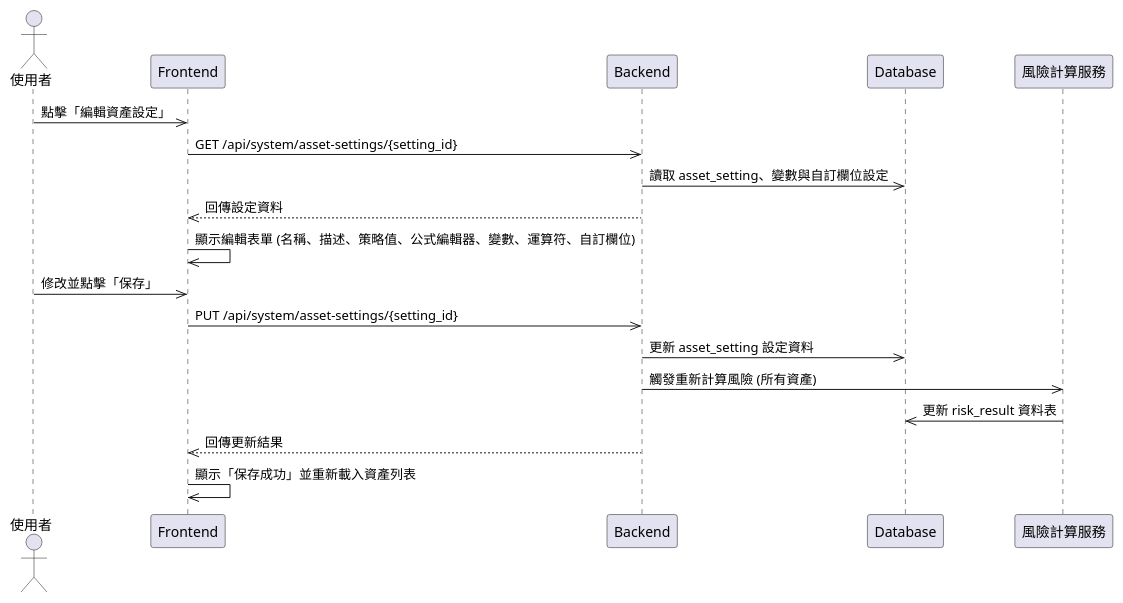
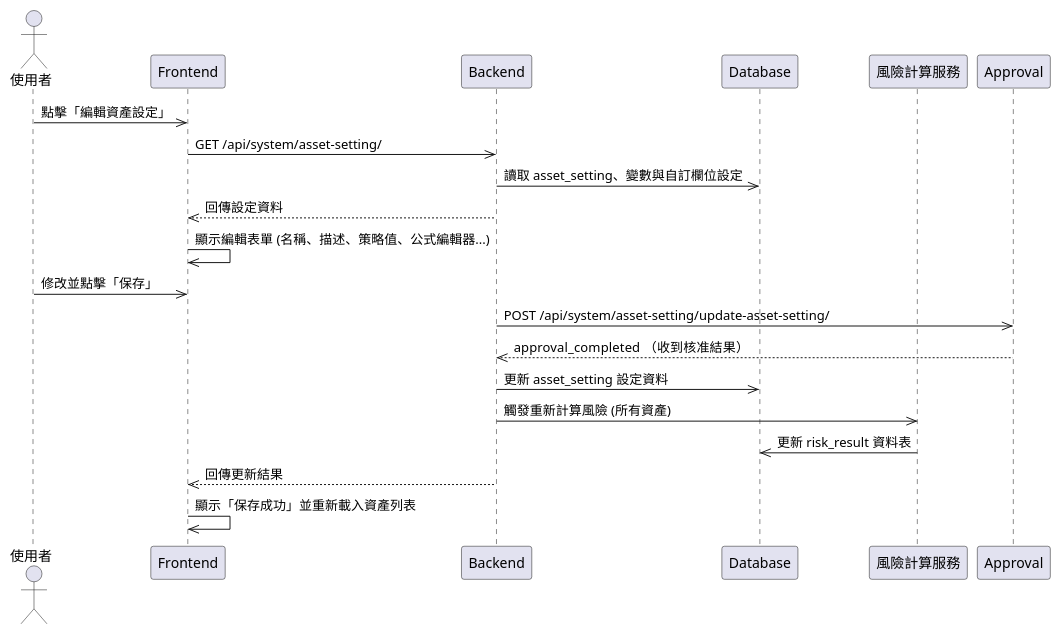
Before and after one commit to walle45611/NTUB_SecuManag_Diagram: the diagram in mermaid/sequence/asset_setting_edit.puml, drawn with PlantUML. The commit also changed 1 other file, not shown here.

```diff
--- a/mermaid/sequence/asset_setting_edit.puml
+++ b/mermaid/sequence/asset_setting_edit.puml
@@ -1,20 +1,23 @@
 @startuml
 actor User as "使用者"
 participant Frontend
 participant Backend
 participant Database
 participant Service as "風險計算服務"
 
 User ->> Frontend: 點擊「編輯資產設定」
-Frontend ->> Backend: GET /api/system/asset-settings/{setting_id}
+Frontend ->> Backend: GET /api/system/asset-setting/
 Backend ->> Database: 讀取 asset_setting、變數與自訂欄位設定
 Backend -->> Frontend: 回傳設定資料
-Frontend ->> Frontend: 顯示編輯表單 (名稱、描述、策略值、公式編輯器、變數、運算符、自訂欄位)
+Frontend ->> Frontend: 顯示編輯表單 (名稱、描述、策略值、公式編輯器...)
 User ->> Frontend: 修改並點擊「保存」
-Frontend ->> Backend: PUT /api/system/asset-settings/{setting_id}
+
+Backend ->> Approval: POST /api/system/asset-setting/update-asset-setting/
+Approval-->>Backend: approval_completed  （收到核准結果）
+
 Backend ->> Database: 更新 asset_setting 設定資料
 Backend ->> Service: 觸發重新計算風險 (所有資產)
 Service ->> Database: 更新 risk_result 資料表
 Backend -->> Frontend: 回傳更新結果
 Frontend ->> Frontend: 顯示「保存成功」並重新載入資產列表
 @enduml
```
